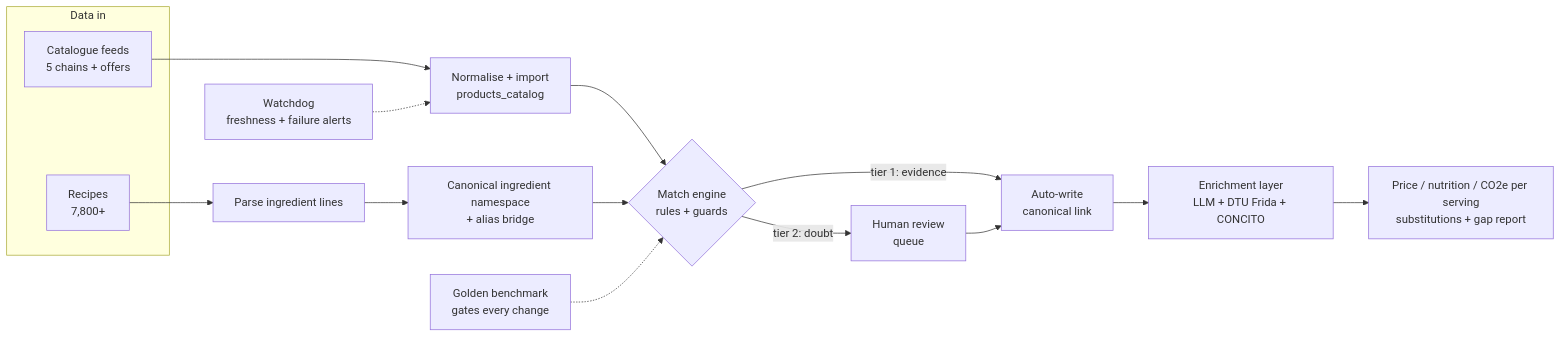
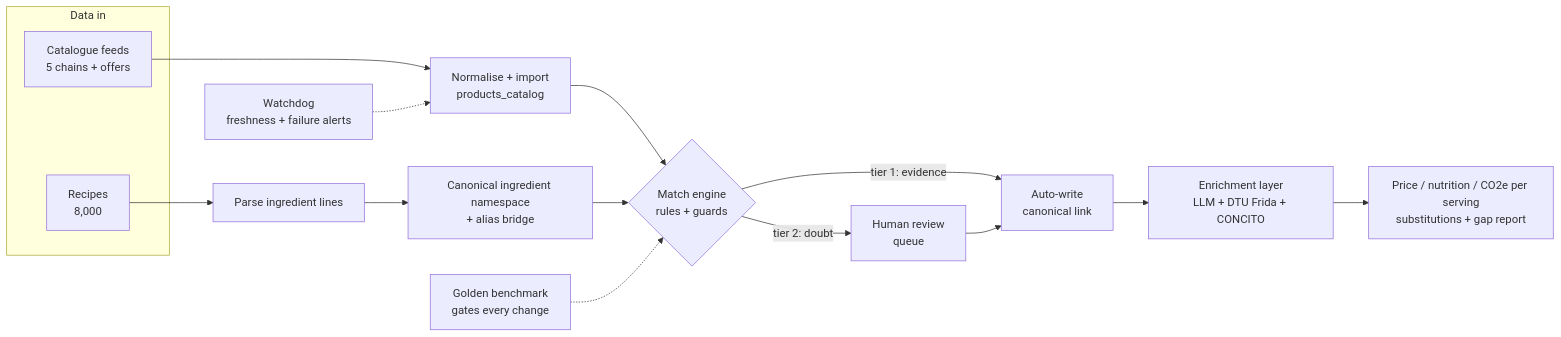
Before and after one commit to jesperjoh/grocery-intelligence-pipeline: the diagram in README.md, drawn with Mermaid. The commit also changed other lines of this file and 1 other file, not shown here.

````diff
--- a/README.md
+++ b/README.md
@@ -36,19 +41,19 @@
 ```mermaid
 flowchart LR
     subgraph sources [Data in]
         F["Catalogue feeds<br/>5 chains + offers"]
-        R["Recipes<br/>7,800+"]
+        R["Recipes<br/>8,000"]
     end
     F --> N["Normalise + import<br/>products_catalog"]
     R --> P["Parse ingredient lines"]
     P --> C["Canonical ingredient namespace<br/>+ alias bridge"]
     N --> M{"Match engine<br/>rules + guards"}
     C --> M
     M -->|"tier 1: evidence"| W["Auto-write<br/>canonical link"]
     M -->|"tier 2: doubt"| H["Human review<br/>queue"]
     H --> W
     W --> E["Enrichment layer<br/>LLM + DTU Frida + CONCITO"]
     E --> O["Price / nutrition / CO2e per serving<br/>substitutions + gap report"]
     B["Golden benchmark<br/>gates every change"] -.-> M
     D["Watchdog<br/>freshness + failure alerts"] -.-> N
 ```
````
